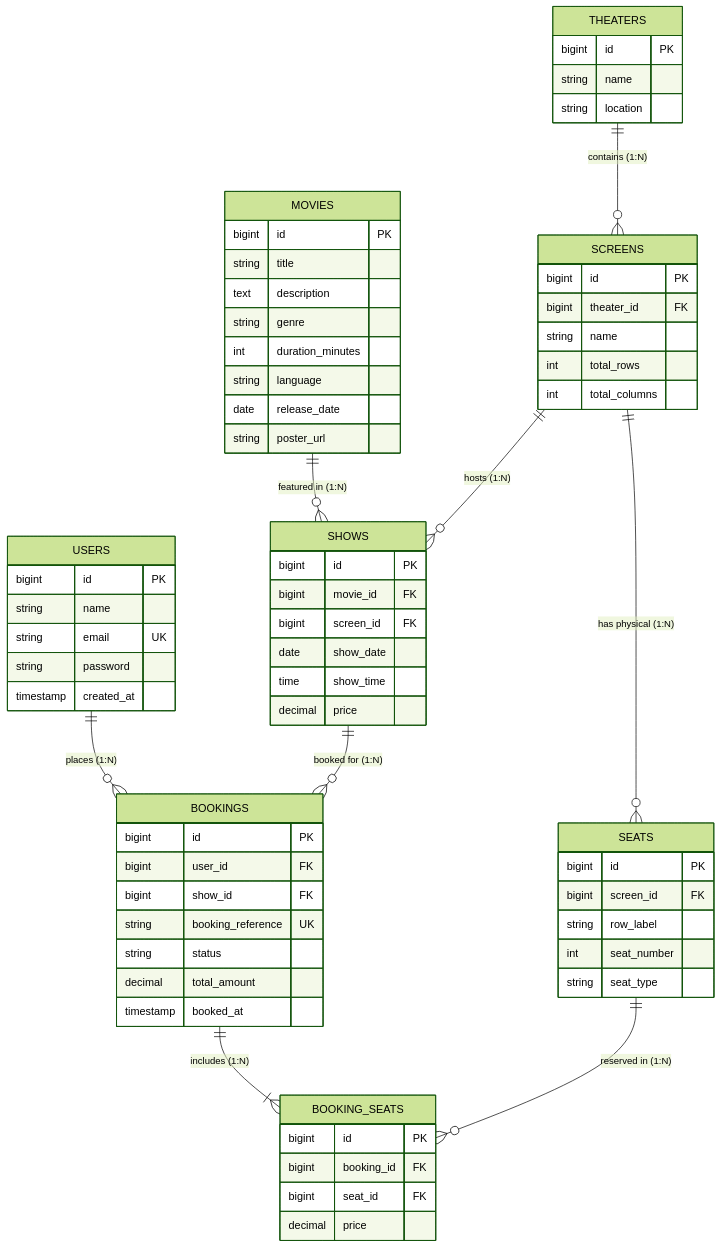
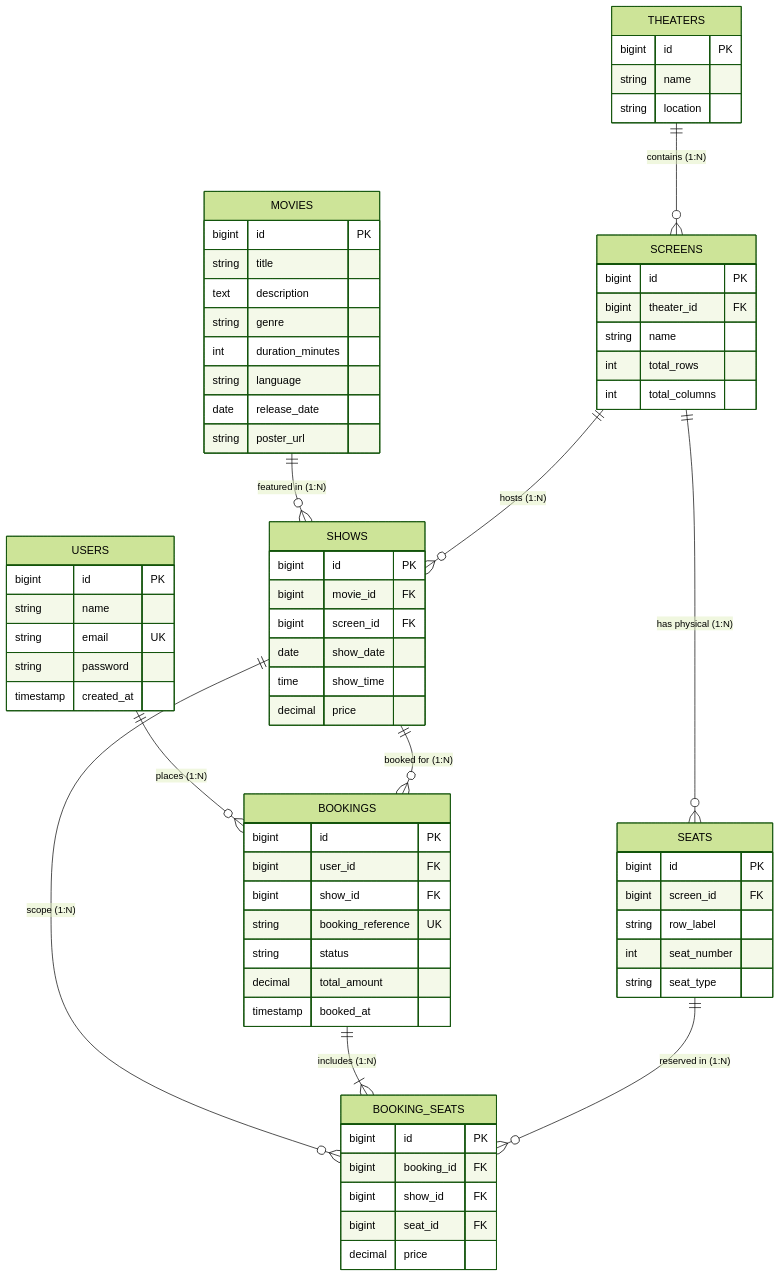
Before and after one commit to LogiMyth/Movie-Ticket-Booking-System: the diagram in docs/ER-DIAGRAM.md, drawn with Mermaid (forest theme). The commit also changed other lines of this file and 10 other files, not shown here.

````diff
--- a/docs/ER-DIAGRAM.md
+++ b/docs/ER-DIAGRAM.md
@@ -10,78 +10,80 @@
 ```mermaid
 erDiagram
     USERS ||--o{ BOOKINGS : "places (1:N)"
     MOVIES ||--o{ SHOWS : "featured in (1:N)"
     THEATERS ||--o{ SCREENS : "contains (1:N)"
     SCREENS ||--o{ SEATS : "has physical (1:N)"
     SCREENS ||--o{ SHOWS : "hosts (1:N)"
     SHOWS ||--o{ BOOKINGS : "booked for (1:N)"
+    SHOWS ||--o{ BOOKING_SEATS : "scope (1:N)"
     BOOKINGS ||--|{ BOOKING_SEATS : "includes (1:N)"
     SEATS ||--o{ BOOKING_SEATS : "reserved in (1:N)"
 
     USERS {
         bigint id PK
         string name
         string email UK
         string password
         timestamp created_at
     }
 
     MOVIES {
         bigint id PK
         string title
         text description
         string genre
         int duration_minutes
         string language
         date release_date
         string poster_url
     }
 
     THEATERS {
         bigint id PK
         string name
         string location
     }
 
     SCREENS {
         bigint id PK
         bigint theater_id FK
         string name
         int total_rows
         int total_columns
     }
 
     SEATS {
         bigint id PK
         bigint screen_id FK
         string row_label
         int seat_number
         string seat_type
     }
 
     SHOWS {
         bigint id PK
         bigint movie_id FK
         bigint screen_id FK
         date show_date
         time show_time
         decimal price
     }
 
     BOOKINGS {
         bigint id PK
         bigint user_id FK
         bigint show_id FK
         string booking_reference UK
         string status
         decimal total_amount
         timestamp booked_at
     }
 
     BOOKING_SEATS {
         bigint id PK
         bigint booking_id FK
+        bigint show_id FK
         bigint seat_id FK
         decimal price
     }
 ```
````
